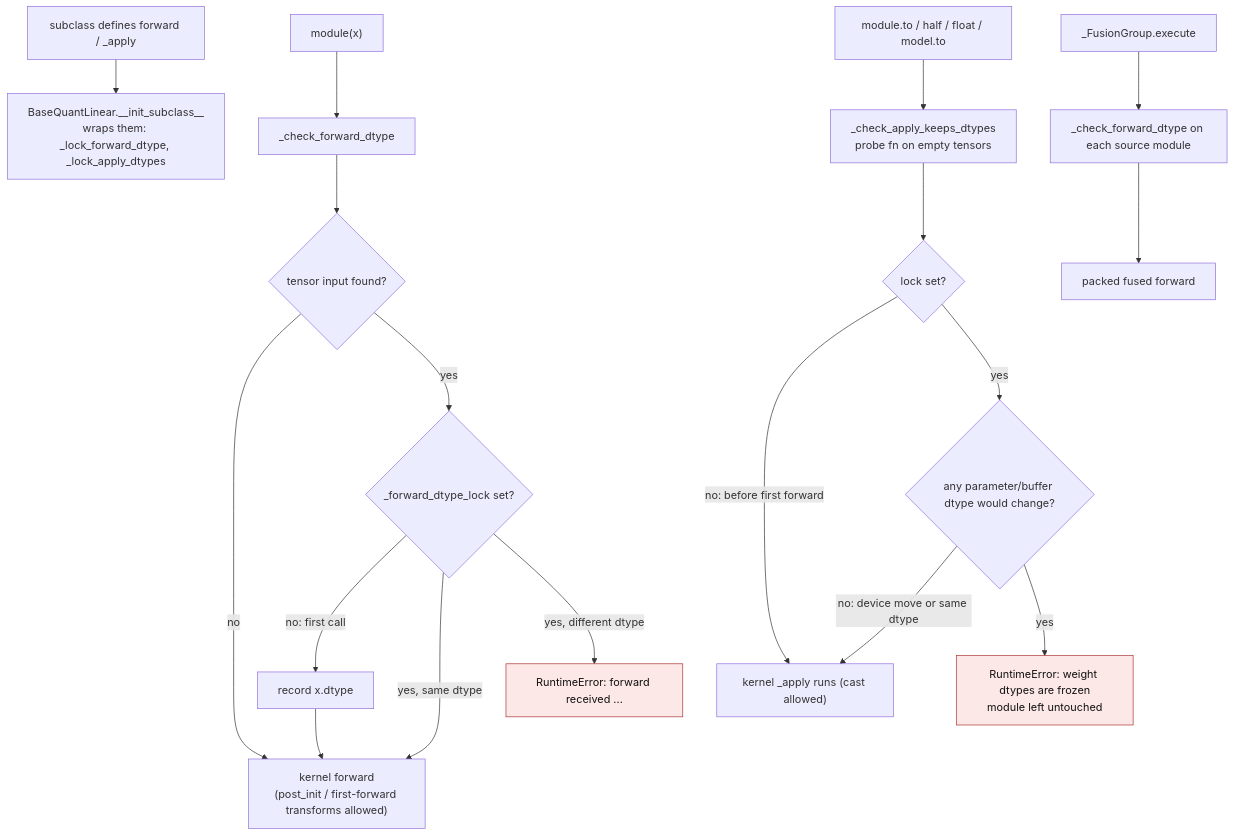
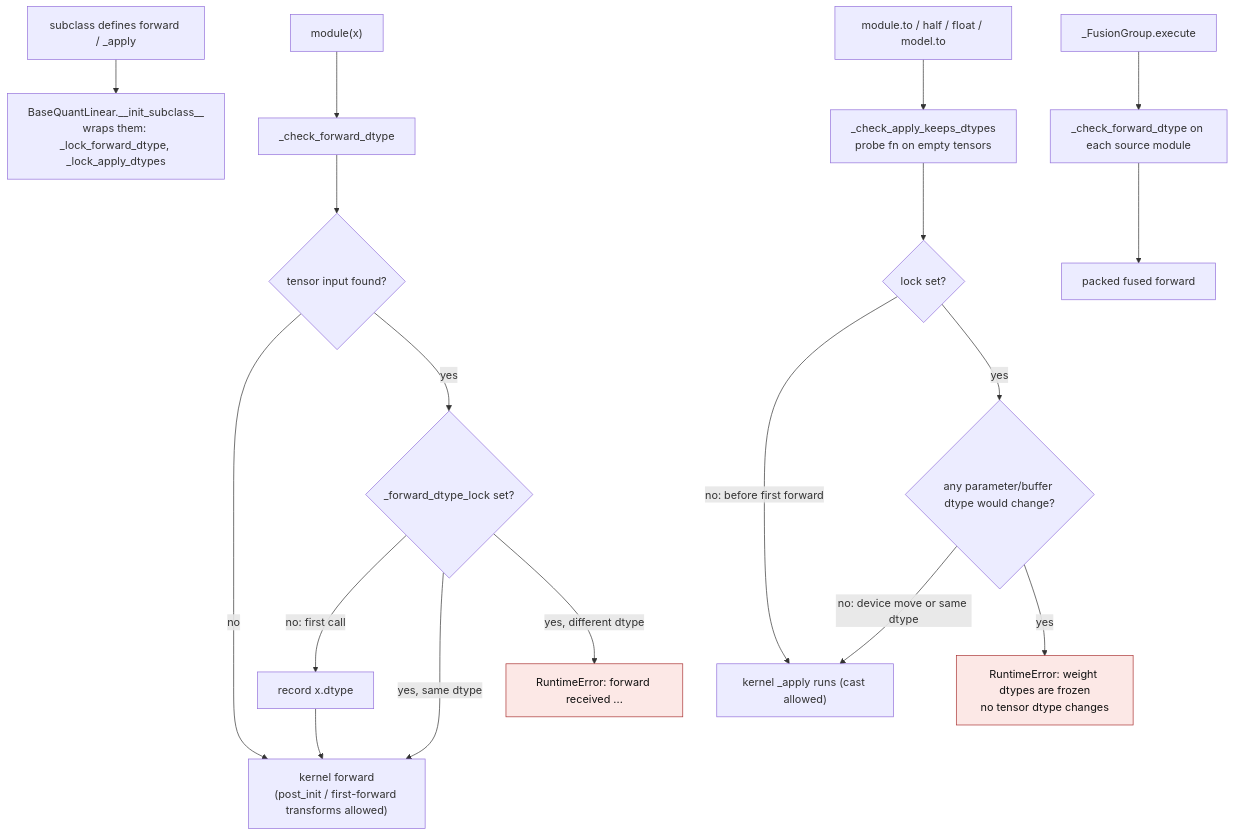
The diagram in docs/forward-dtype-lock.md (ModelCloud/GPTQModel), drawn with Mermaid before and after one commit. The commit also changed other lines of this file and 8 other files, not shown here.

First line of the commit message:
fix(kernels): keep the dtype lock out of compiled graphs; fix full-suite fallout

````diff
--- a/docs/forward-dtype-lock.md
+++ b/docs/forward-dtype-lock.md
@@ -18,24 +18,24 @@
 ```mermaid
 flowchart TD
     S["subclass defines forward / _apply"] --> W["BaseQuantLinear.__init_subclass__<br/>wraps them: _lock_forward_dtype, _lock_apply_dtypes"]
 
     C["module(x)"] --> K["_check_forward_dtype"]
     K --> T{"tensor input found?"}
     T -- "no" --> F["kernel forward<br/>(post_init / first-forward transforms allowed)"]
     T -- "yes" --> L{"_forward_dtype_lock set?"}
     L -- "no: first call" --> R["record x.dtype"] --> F
     L -- "yes, same dtype" --> F
     L -- "yes, different dtype" --> X1["RuntimeError: forward received ..."]
 
     A["module.to / half / float / model.to"] --> G["_check_apply_keeps_dtypes<br/>probe fn on empty tensors"]
     G --> U{"lock set?"}
     U -- "no: before first forward" --> P["kernel _apply runs (cast allowed)"]
     U -- "yes" --> D{"any parameter/buffer dtype would change?"}
     D -- "no: device move or same dtype" --> P
-    D -- "yes" --> X2["RuntimeError: weight dtypes are frozen<br/>module left untouched"]
+    D -- "yes" --> X2["RuntimeError: weight dtypes are frozen<br/>no tensor dtype changes"]
 
     FU["_FusionGroup.execute"] --> K2["_check_forward_dtype on each source module"] --> PF["packed fused forward"]
 
     classDef failure fill:#fce8e6,stroke:#a33,color:#111
     class X1,X2 failure
 ```
````
